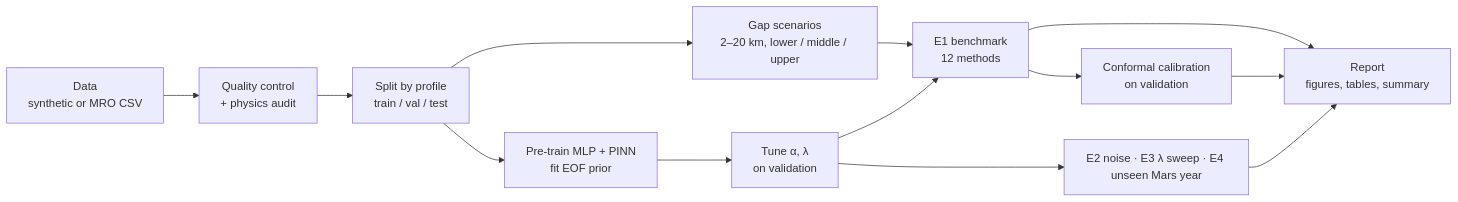
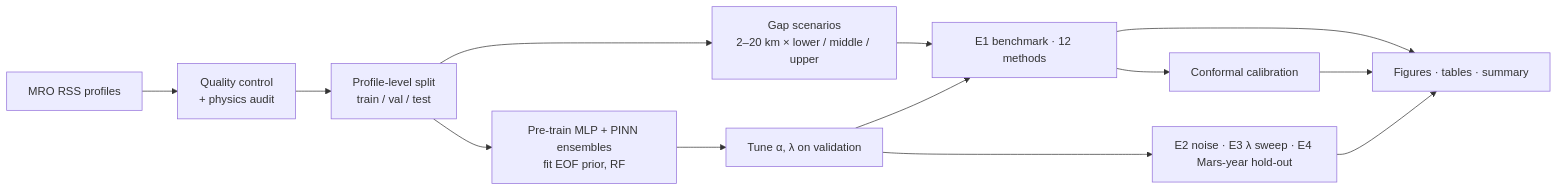
The diagram in README.md (ShailendraDabral/Mars-atmosphere), drawn with Mermaid before and after one commit. The commit also changed other lines of this file and 22 other files, not shown here.

````diff
--- a/README.md
+++ b/README.md
@@ -37,15 +124,15 @@
 ```mermaid
 flowchart LR
-  A[Data<br/>synthetic or MRO CSV] --> B[Quality control<br/>+ physics audit]
-  B --> C[Split by profile<br/>train / val / test]
-  C --> D[Gap scenarios<br/>2–20 km, lower / middle / upper]
-  C --> E[Pre-train MLP + PINN<br/>fit EOF prior]
-  E --> F[Tune α, λ<br/>on validation]
-  D --> G[E1 benchmark<br/>12 methods]
+  A[MRO RSS profiles] --> B[Quality control<br/>+ physics audit]
+  B --> C[Profile-level split<br/>train / val / test]
+  C --> D[Gap scenarios<br/>2–20 km × lower / middle / upper]
+  C --> E[Pre-train MLP + PINN ensembles<br/>fit EOF prior, RF]
+  E --> F[Tune α, λ on validation]
+  D --> G[E1 benchmark · 12 methods]
   F --> G
-  G --> H[Conformal calibration<br/>on validation]
-  F --> I[E2 noise · E3 λ sweep · E4 unseen Mars year]
-  G --> J[Report<br/>figures, tables, summary]
+  G --> H[Conformal calibration]
+  F --> I[E2 noise · E3 λ sweep · E4 Mars-year hold-out]
+  G --> J[Figures · tables · summary]
   H --> J
   I --> J
 ```
````
